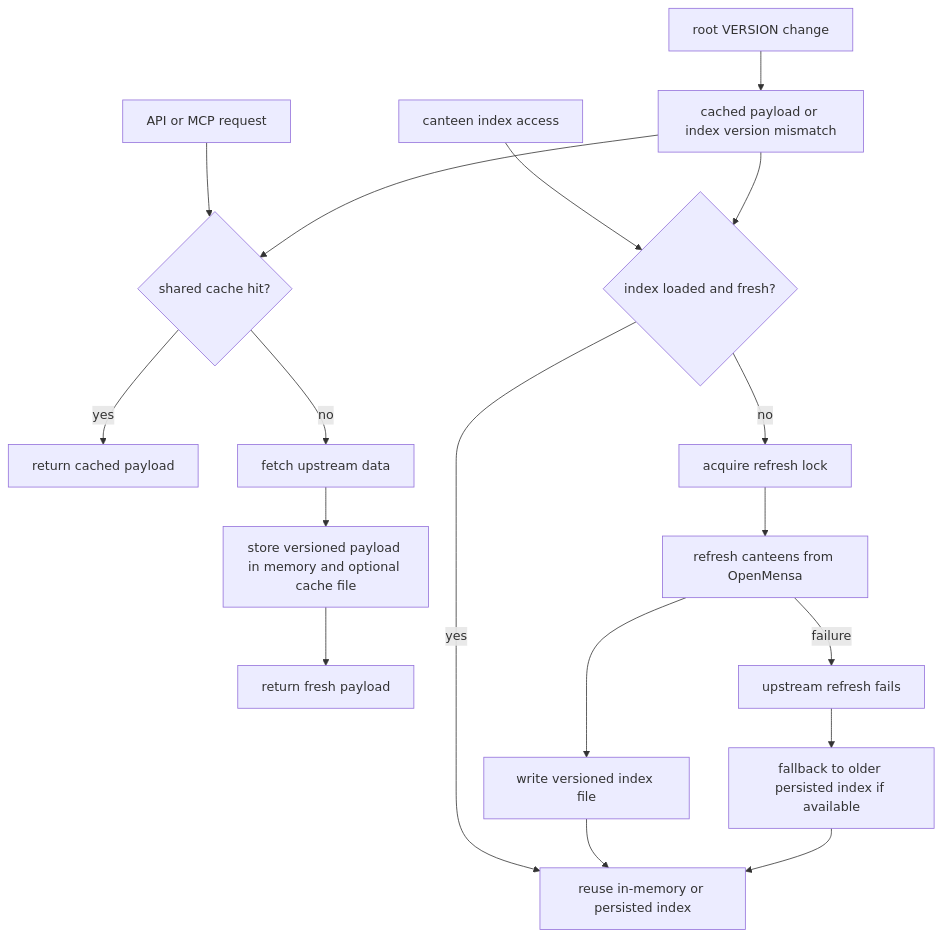
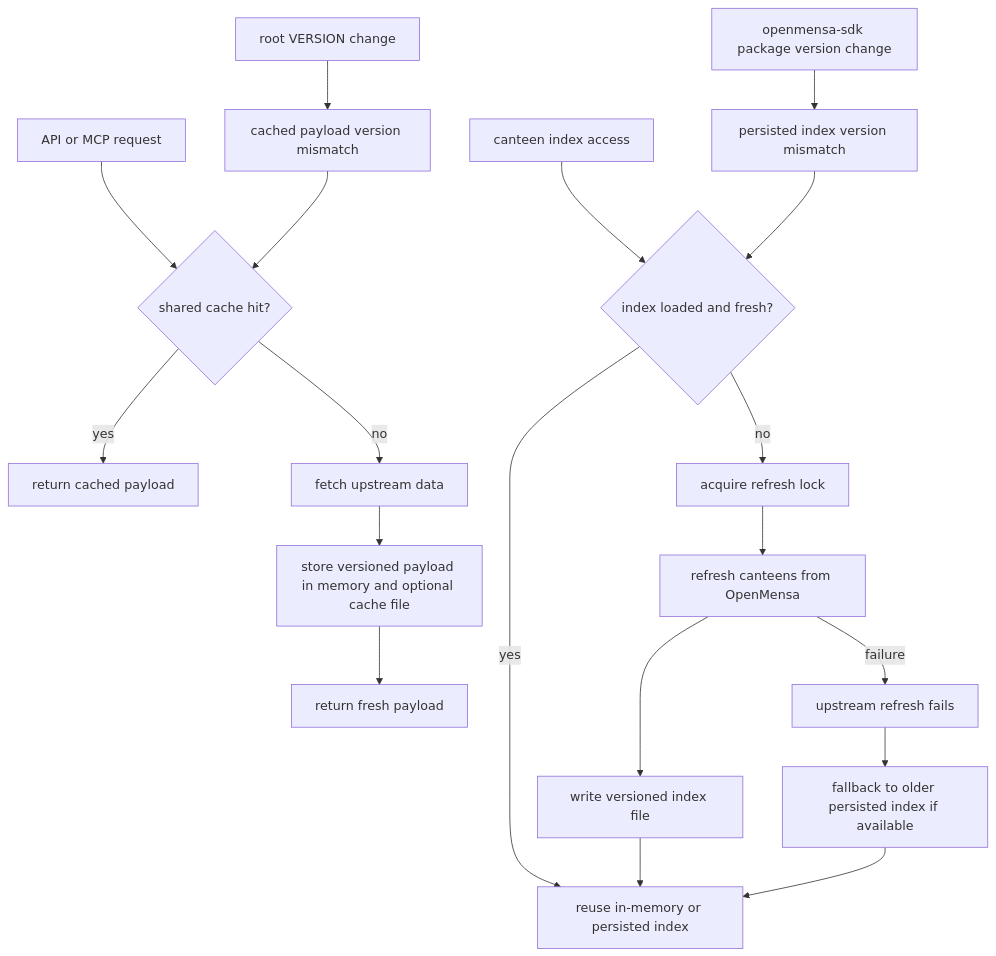
Before and after one commit to tobiasv1337/Mensabot: the second of 2 diagrams in backend/libs/mensabot-backend-core/README.md, drawn with Mermaid. The commit also changed 17 other files, not shown here.

Commit message:
Refactor: decouple openmensa sdk and remove MCP wrappers

````diff
--- a/backend/libs/mensabot-backend-core/README.md
+++ b/backend/libs/mensabot-backend-core/README.md
@@ -70,23 +70,24 @@
 ```mermaid
 flowchart TD
     Request["API or MCP request"] --> CacheLookup{"shared cache hit?"}
     CacheLookup -->|yes| ReturnCached["return cached payload"]
     CacheLookup -->|no| Fetch["fetch upstream data"]
     Fetch --> Store["store versioned payload in memory and optional cache file"]
     Store --> ReturnFresh["return fresh payload"]
 
     IndexCall["canteen index access"] --> IndexLoad{"index loaded and fresh?"}
     IndexLoad -->|yes| UseIndex["reuse in-memory or persisted index"]
     IndexLoad -->|no| Lock["acquire refresh lock"]
     Lock --> Refresh["refresh canteens from OpenMensa"]
     Refresh --> Persist["write versioned index file"]
     Persist --> UseIndex
 
-    Version["root VERSION change"] --> Invalidate["cached payload or index version mismatch"]
-    Invalidate --> CacheLookup
-    Invalidate --> IndexLoad
+    Version["root VERSION change"] --> CacheInvalidate["cached payload version mismatch"]
+    CacheInvalidate --> CacheLookup
+    SDKVersion["openmensa-sdk package version change"] --> IndexInvalidate["persisted index version mismatch"]
+    IndexInvalidate --> IndexLoad
 
     Refresh -->|failure| RefreshFail["upstream refresh fails"]
     RefreshFail --> StaleFallback["fallback to older persisted index if available"]
     StaleFallback --> UseIndex
 ```
````
